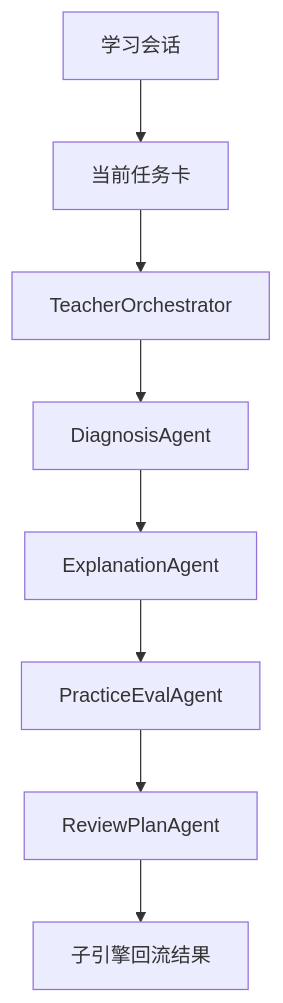
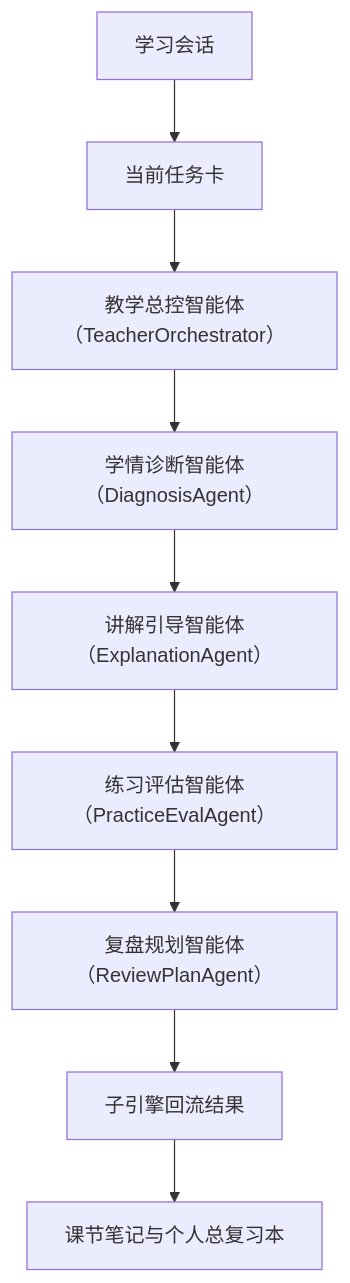
The diagram in doc/智能体文档/子引擎层/实施附录/01-P0-Multi-Agent学生主闭环-架构设计.md (chenqsq/doc-showcase), drawn with Mermaid before and after one commit. The commit also changed other lines of this file and 16 other files, not shown here.

````diff
--- a/doc/智能体文档/子引擎层/实施附录/01-P0-Multi-Agent学生主闭环-架构设计.md
+++ b/doc/智能体文档/子引擎层/实施附录/01-P0-Multi-Agent学生主闭环-架构设计.md
@@ -77,10 +68,11 @@
 ```mermaid
 flowchart TD
-    A["学习会话"] --> B["当前任务卡"]
-    B --> C["TeacherOrchestrator"]
-    C --> D["DiagnosisAgent"]
-    D --> E["ExplanationAgent"]
-    E --> F["PracticeEvalAgent"]
-    F --> G["ReviewPlanAgent"]
-    G --> H["子引擎回流结果"]
+    A[学习会话] --> B[当前任务卡]
+    B --> C[教学总控智能体（TeacherOrchestrator）]
+    C --> D[学情诊断智能体（DiagnosisAgent）]
+    D --> E[讲解引导智能体（ExplanationAgent）]
+    E --> F[练习评估智能体（PracticeEvalAgent）]
+    F --> G[复盘规划智能体（ReviewPlanAgent）]
+    G --> H[子引擎回流结果]
+    H --> I[课节笔记与个人总复习本]
 ```
````
